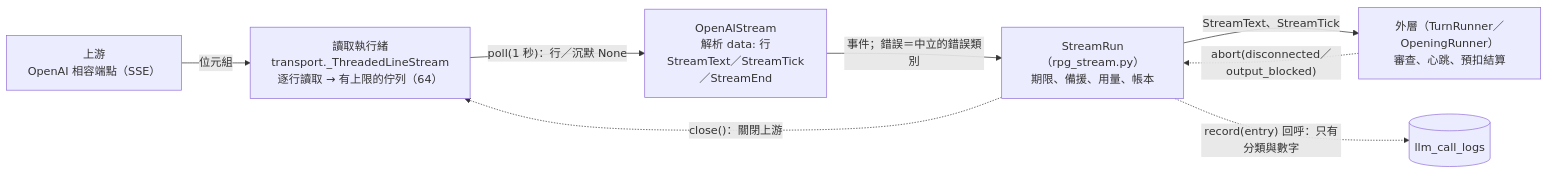
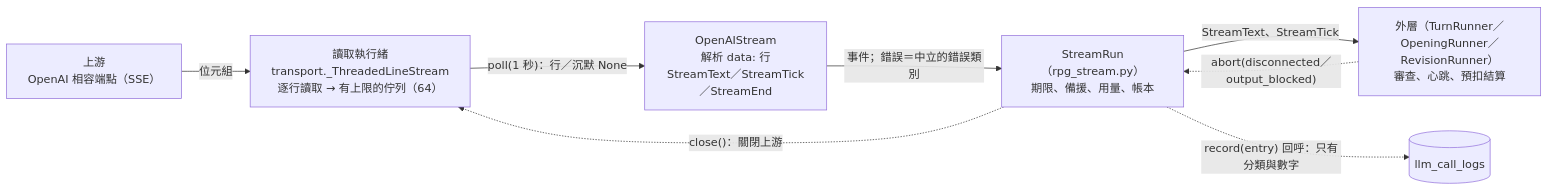
The sixth of 7 diagrams in docs/模型呼叫層-llm-layer.md (pp466pp466/R.A.C), drawn with Mermaid before and after one commit. The commit also changed other lines of this file and 21 other files, not shown here.

First line of the commit message:
rpg-turn-revision 批次③b：RevisionRunner、修訂端點、匯出與端到端測試

````diff
--- a/docs/模型呼叫層-llm-layer.md
+++ b/docs/模型呼叫層-llm-layer.md
@@ -263,17 +263,17 @@
 ```mermaid
 flowchart LR
     Up["上游<br/>OpenAI 相容端點（SSE）"]
     Th["讀取執行緒<br/>transport._ThreadedLineStream<br/>逐行讀取 → 有上限的佇列（64）"]
     Sse["OpenAIStream<br/>解析 data: 行<br/>StreamText／StreamTick／StreamEnd"]
     Run["StreamRun（rpg_stream.py）<br/>期限、備援、用量、帳本"]
-    Out["外層（TurnRunner／OpeningRunner）<br/>審查、心跳、預扣結算"]
+    Out["外層（TurnRunner／OpeningRunner／RevisionRunner）<br/>審查、心跳、預扣結算"]
     Led[("llm_call_logs")]
 
     Up -->|"位元組"| Th
     Th -->|"poll(1 秒)：行／沉默 None"| Sse
     Sse -->|"事件；錯誤＝中立的錯誤類別"| Run
     Run -->|"StreamText、StreamTick"| Out
     Run -.->|"record(entry) 回呼：只有分類與數字"| Led
     Out -.->|"abort(disconnected／output_blocked)"| Run
     Run -.->|"close()：關閉上游"| Th
 ```
````
